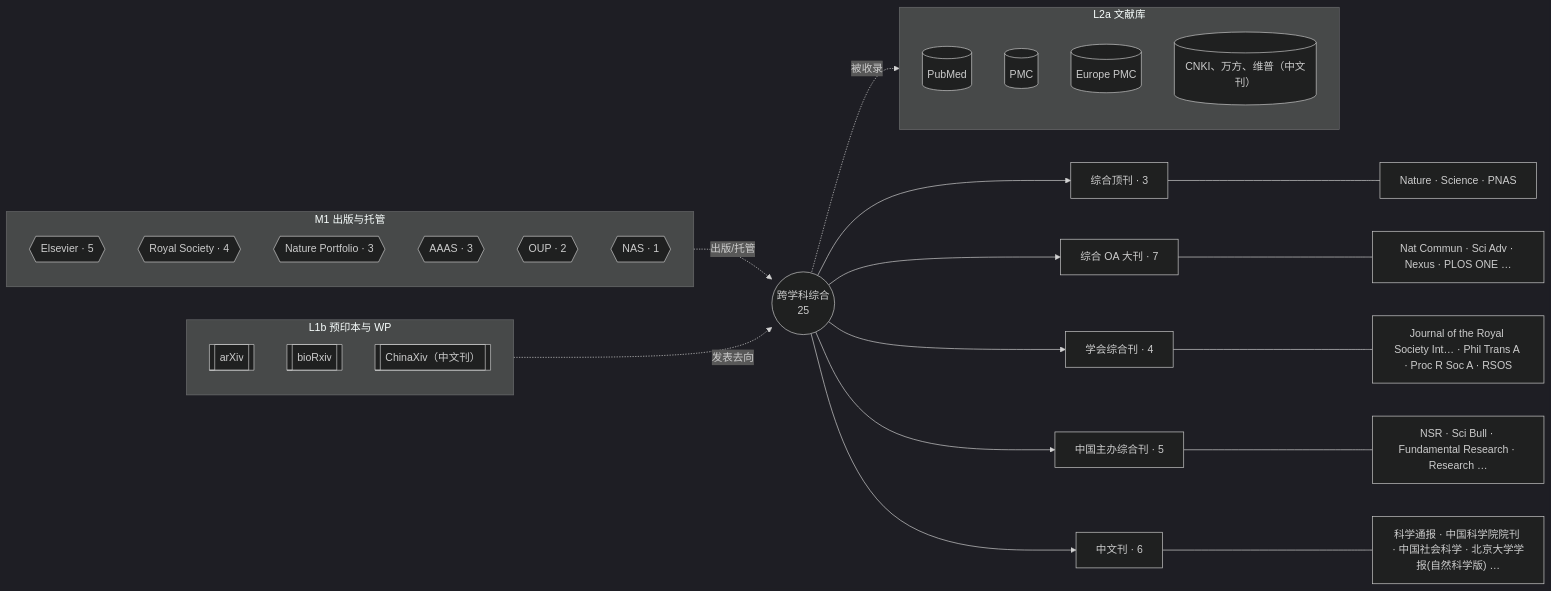
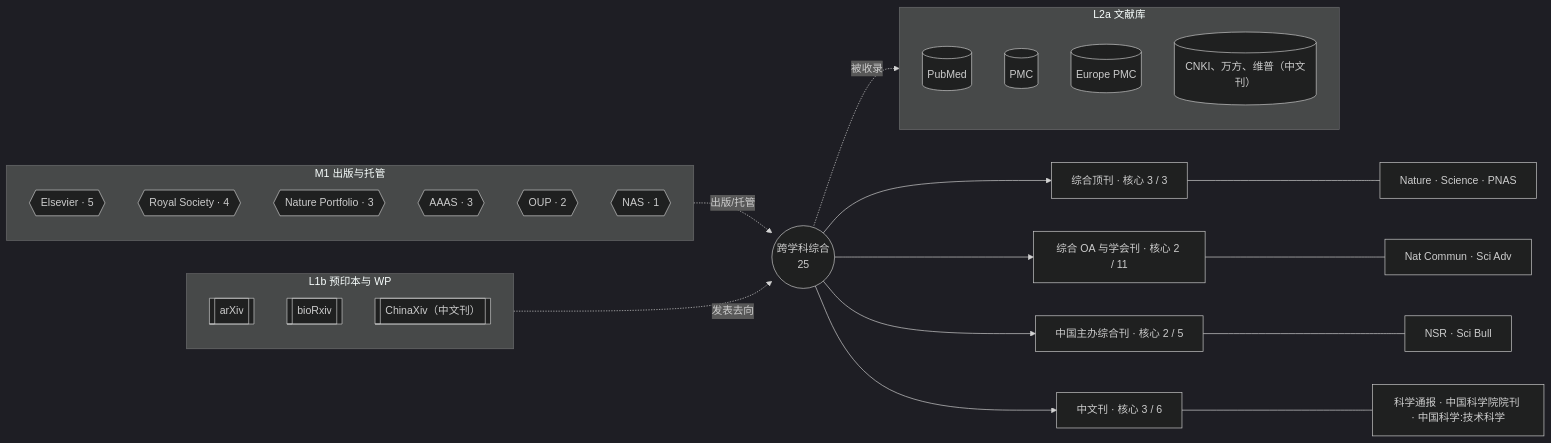
Before and after one commit to yhyfhgs/Confluo: the diagram in docs/catalog/venues/multidisciplinary.md, drawn with Mermaid (dark theme). The commit also changed other lines of this file and 21 other files, not shown here.

````diff
--- a/docs/catalog/venues/multidisciplinary.md
+++ b/docs/catalog/venues/multidisciplinary.md
@@ -14,36 +14,34 @@
 ```mermaid
 flowchart LR
   D(("跨学科综合<br/>25"))
-  D --> S0["综合顶刊 · 3"]
+  D --> S0["综合顶刊 · 核心 3 / 3"]
   S0 --- V0["Nature · Science · PNAS"]
-  D --> S1["综合 OA 大刊 · 7"]
-  S1 --- V1["Nat Commun · Sci Adv · Nexus · PLOS ONE …"]
-  D --> S2["学会综合刊 · 4"]
-  S2 --- V2["Journal of the Royal Society Int… · Phil Trans A · Proc R Soc A · RSOS"]
-  D --> S3["中国主办综合刊 · 5"]
-  S3 --- V3["NSR · Sci Bull · Fundamental Research · Research …"]
-  D --> SCN["中文刊 · 6"]
-  SCN --- VCN["科学通报 · 中国科学院院刊 · 中国社会科学 · 北京大学学报(自然科学版) …"]
+  D --> S1["综合 OA 与学会刊 · 核心 2 / 11"]
+  S1 --- V1["Nat Commun · Sci Adv"]
+  D --> S2["中国主办综合刊 · 核心 2 / 5"]
+  S2 --- V2["NSR · Sci Bull"]
+  D --> SCN["中文刊 · 核心 3 / 6"]
+  SCN --- VCN["科学通报 · 中国科学院院刊 · 中国科学:技术科学"]
   subgraph M1["M1 出版与托管"]
     P0{{"Elsevier · 5"}}
     P1{{"Royal Society · 4"}}
     P2{{"Nature Portfolio · 3"}}
     P3{{"AAAS · 3"}}
     P4{{"OUP · 2"}}
     P5{{"NAS · 1"}}
   end
   M1 -. 出版/托管 .-> D
   subgraph L2A["L2a 文献库"]
     A0[("PubMed")]
     A1[("PMC")]
     A2[("Europe PMC")]
     A3[("CNKI、万方、维普（中文刊）")]
   end
   D -. 被收录 .-> L2A
   subgraph L1B["L1b 预印本与 WP"]
     B0[["arXiv"]]
     B1[["bioRxiv"]]
     B2[["ChinaXiv（中文刊）"]]
   end
   L1B -. 发表去向 .-> D
 ```
````
